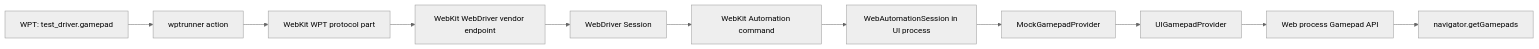
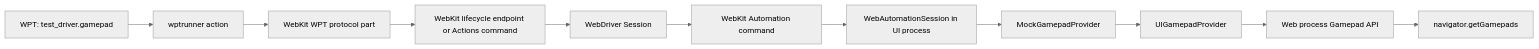
Before and after one commit to xingri/xingri.github.io: the first of 2 diagrams in gamepad-interop/proposal-2027.md, drawn with Mermaid (neutral theme). The commit also changed other lines of this file, not shown here.

````diff
--- a/gamepad-interop/proposal-2027.md
+++ b/gamepad-interop/proposal-2027.md
@@ -276,13 +313,13 @@
 ```mermaid
 flowchart LR
     A[WPT: test_driver.gamepad] --> B[wptrunner action]
     B --> C[WebKit WPT protocol part]
-    C --> D[WebKit WebDriver vendor endpoint]
+    C --> D[WebKit lifecycle endpoint or Actions command]
     D --> E[WebDriver Session]
     E --> F[WebKit Automation command]
     F --> G[WebAutomationSession in UI process]
     G --> H[MockGamepadProvider]
     H --> I[UIGamepadProvider]
     I --> J[Web process Gamepad API]
     J --> K[navigator.getGamepads]
 ```
````
